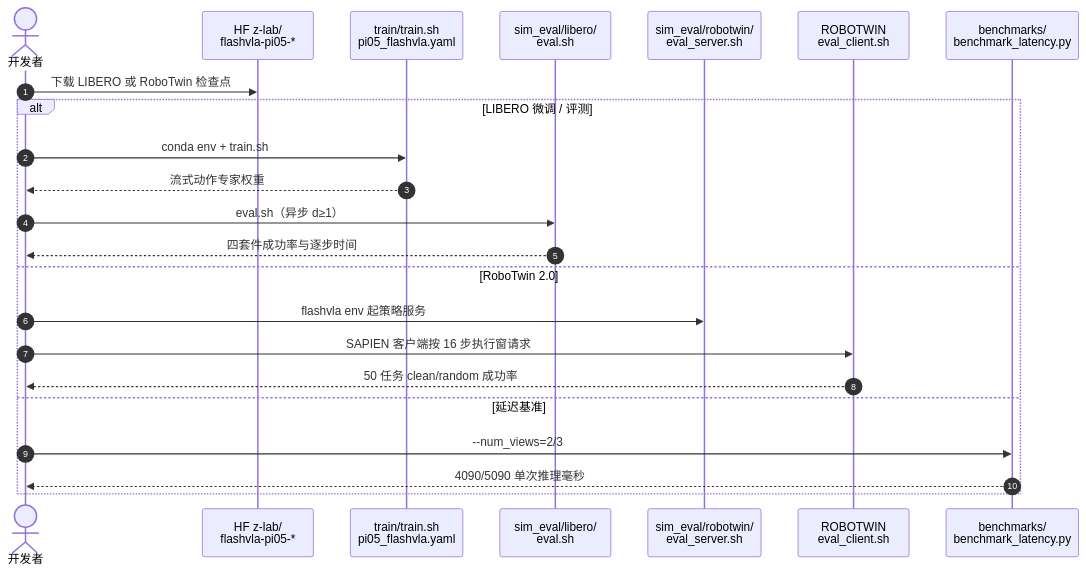
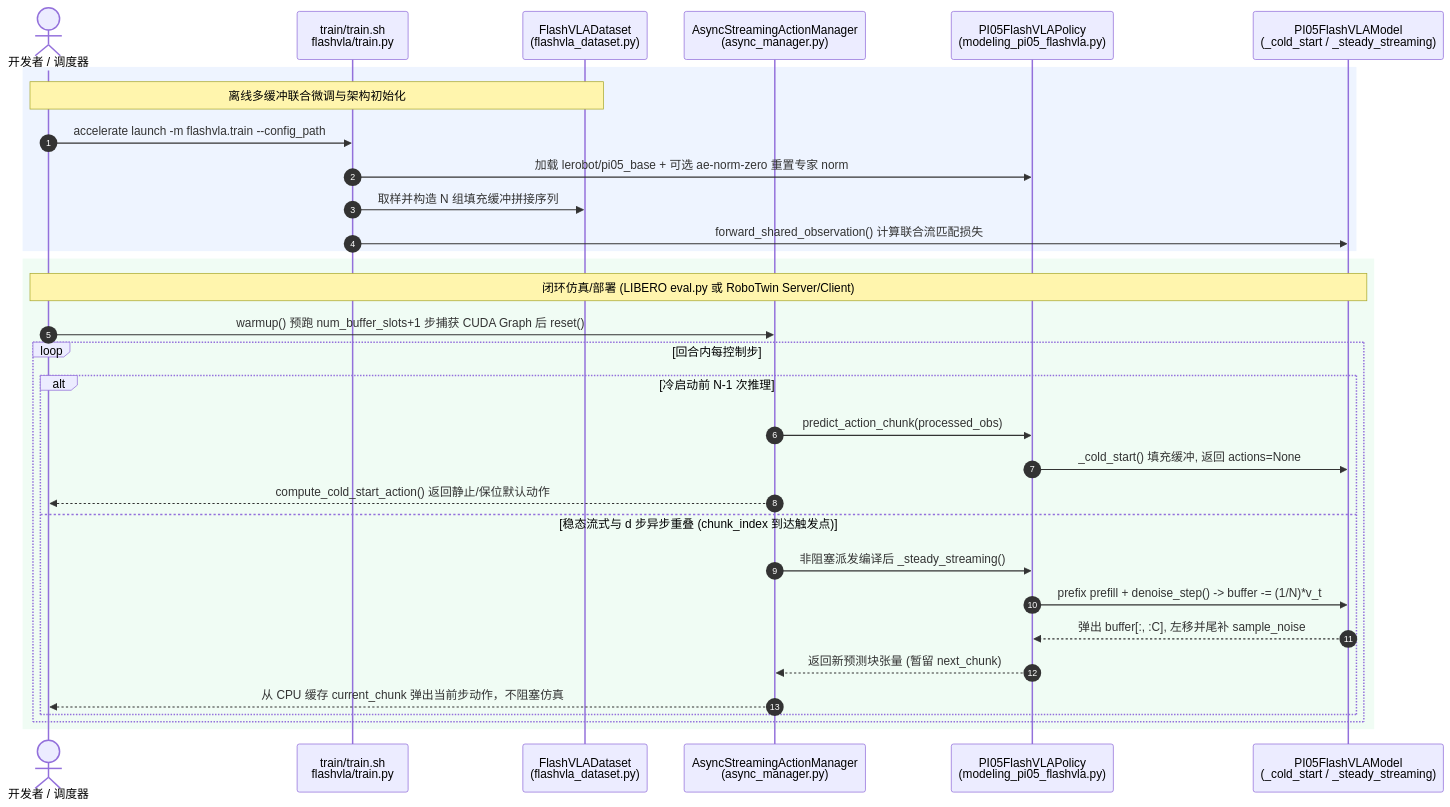
One commit to ImChong/Robotics_Notebooks changed the second of 2 diagrams in wiki/entities/paper-flashvla.md. Above: the diagram before and after it, drawn with Mermaid. The commit also changed other lines of this file and 192 other files, not shown here.

Commit message:
[2026-11-14] ingest | roadmap/depth-vla.md — 补齐 VLA 纵深路线全部节点原文证据与满分健康度

````diff
--- a/wiki/entities/paper-flashvla.md
+++ b/wiki/entities/paper-flashvla.md
@@ -106,25 +114,36 @@
 ```mermaid
 sequenceDiagram
     autonumber
-    actor Dev as 开发者
-    participant HF as HF z-lab/<br/>flashvla-pi05-*
-    participant Train as train/train.sh<br/>pi05_flashvla.yaml
-    participant Lib as sim_eval/libero/<br/>eval.sh
-    participant Srv as sim_eval/robotwin/<br/>eval_server.sh
-    participant Cli as ROBOTWIN<br/>eval_client.sh
-    participant Bench as benchmarks/<br/>benchmark_latency.py
-    Dev->>HF: 下载 LIBERO 或 RoboTwin 检查点
-    alt LIBERO 微调 / 评测
-        Dev->>Train: conda env + train.sh
-        Train-->>Dev: 流式动作专家权重
-        Dev->>Lib: eval.sh（异步 d≥1）
-        Lib-->>Dev: 四套件成功率与逐步时间
-    else RoboTwin 2.0
-        Dev->>Srv: flashvla env 起策略服务
-        Dev->>Cli: SAPIEN 客户端按 16 步执行窗请求
-        Cli-->>Dev: 50 任务 clean/random 成功率
-    else 延迟基准
-        Dev->>Bench: --num_views=2/3
-        Bench-->>Dev: 4090/5090 单次推理毫秒
+    actor Dev as 开发者 / 调度器
+    participant Train as train/train.sh<br/>flashvla/train.py
+    participant DS as FlashVLADataset<br/>(flashvla_dataset.py)
+    participant Mgr as AsyncStreamingActionManager<br/>(async_manager.py)
+    participant Pol as PI05FlashVLAPolicy<br/>(modeling_pi05_flashvla.py)
+    participant Mdl as PI05FlashVLAModel<br/>(_cold_start / _steady_streaming)
+
+    rect rgb(238, 244, 255)
+        Note over Dev,DS: 离线多缓冲联合微调与架构初始化
+        Dev->>Train: accelerate launch -m flashvla.train --config_path
+        Train->>Pol: 加载 lerobot/pi05_base + 可选 ae-norm-zero 重置专家 norm
+        Train->>DS: 取样并构造 N 组填充缓冲拼接序列
+        Train->>Mdl: forward_shared_observation() 计算联合流匹配损失
+    end
+
+    rect rgb(240, 252, 244)
+        Note over Dev,Mdl: 闭环仿真/部署 (LIBERO eval.py 或 RoboTwin Server/Client)
+        Dev->>Mgr: warmup() 预跑 num_buffer_slots+1 步捕获 CUDA Graph 后 reset()
+        loop 回合内每控制步
+            alt 冷启动前 N-1 次推理
+                Mgr->>Pol: predict_action_chunk(processed_obs)
+                Pol->>Mdl: _cold_start() 填充缓冲, 返回 actions=None
+                Mgr-->>Dev: compute_cold_start_action() 返回静止/保位默认动作
+            else 稳态流式与 d 步异步重叠 (chunk_index 到达触发点)
+                Mgr->>Pol: 非阻塞派发编译后 _steady_streaming()
+                Pol->>Mdl: prefix prefill + denoise_step() -> buffer -= (1/N)*v_t
+                Mdl-->>Pol: 弹出 buffer[:, :C], 左移并尾补 sample_noise
+                Pol-->>Mgr: 返回新预测块张量 (暂留 next_chunk)
+                Mgr-->>Dev: 从 CPU 缓存 current_chunk 弹出当前步动作，不阻塞仿真
+            end
+        end
     end
 ```
````
